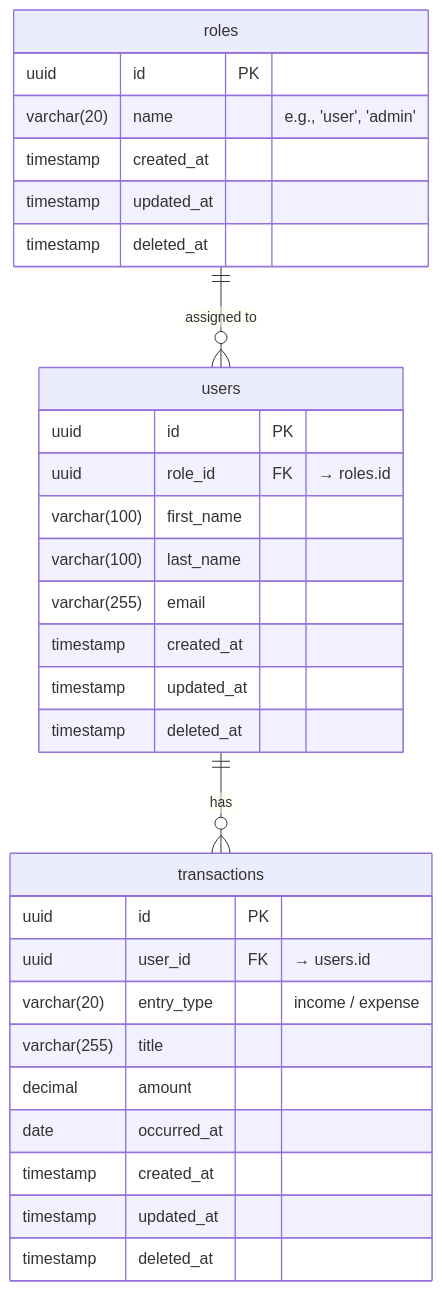
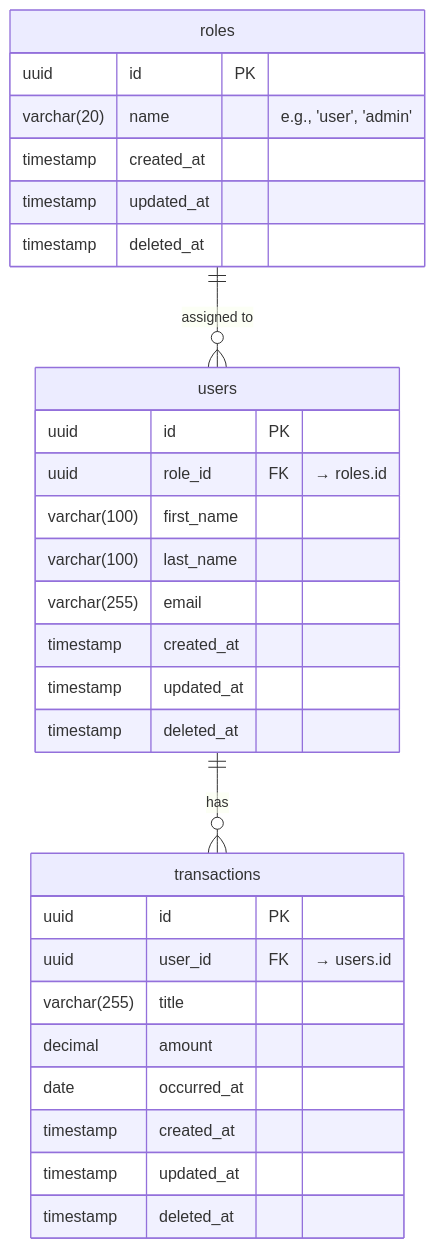
Before and after one commit to kunalgkmit/phase0-project-documentation: the first of 2 diagrams in docs/technical.md, drawn with Mermaid. The commit also changed other lines of this file and 6 other files, not shown here.

````diff
--- a/docs/technical.md
+++ b/docs/technical.md
@@ -17,37 +17,36 @@
 ```mermaid
 erDiagram
     users ||--o{ transactions : "has"
     roles ||--o{ users : "assigned to"
 
     users {
         uuid id PK
         uuid role_id FK "→ roles.id"
         varchar(100) first_name
         varchar(100) last_name
         varchar(255) email
         timestamp created_at
         timestamp updated_at
         timestamp deleted_at
     }
 
     roles {
         uuid id PK
         varchar(20) name "e.g., 'user', 'admin'"
         timestamp created_at
         timestamp updated_at
         timestamp deleted_at
     }
 
     transactions {
         uuid id PK
         uuid user_id FK "→ users.id"
-        varchar(20) entry_type "income / expense"
         varchar(255) title
         decimal amount
         date occurred_at
         timestamp created_at
         timestamp updated_at
         timestamp deleted_at 
     }
 
 ```
````
